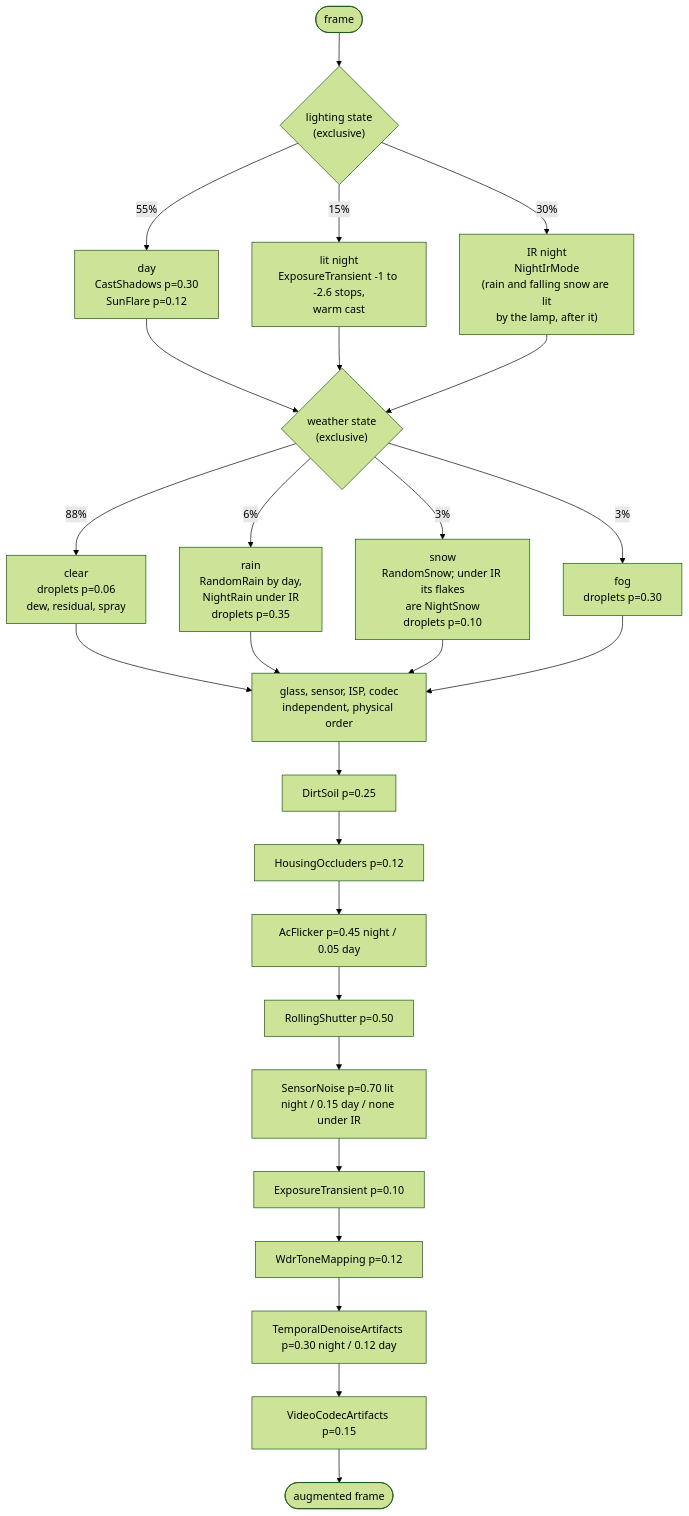
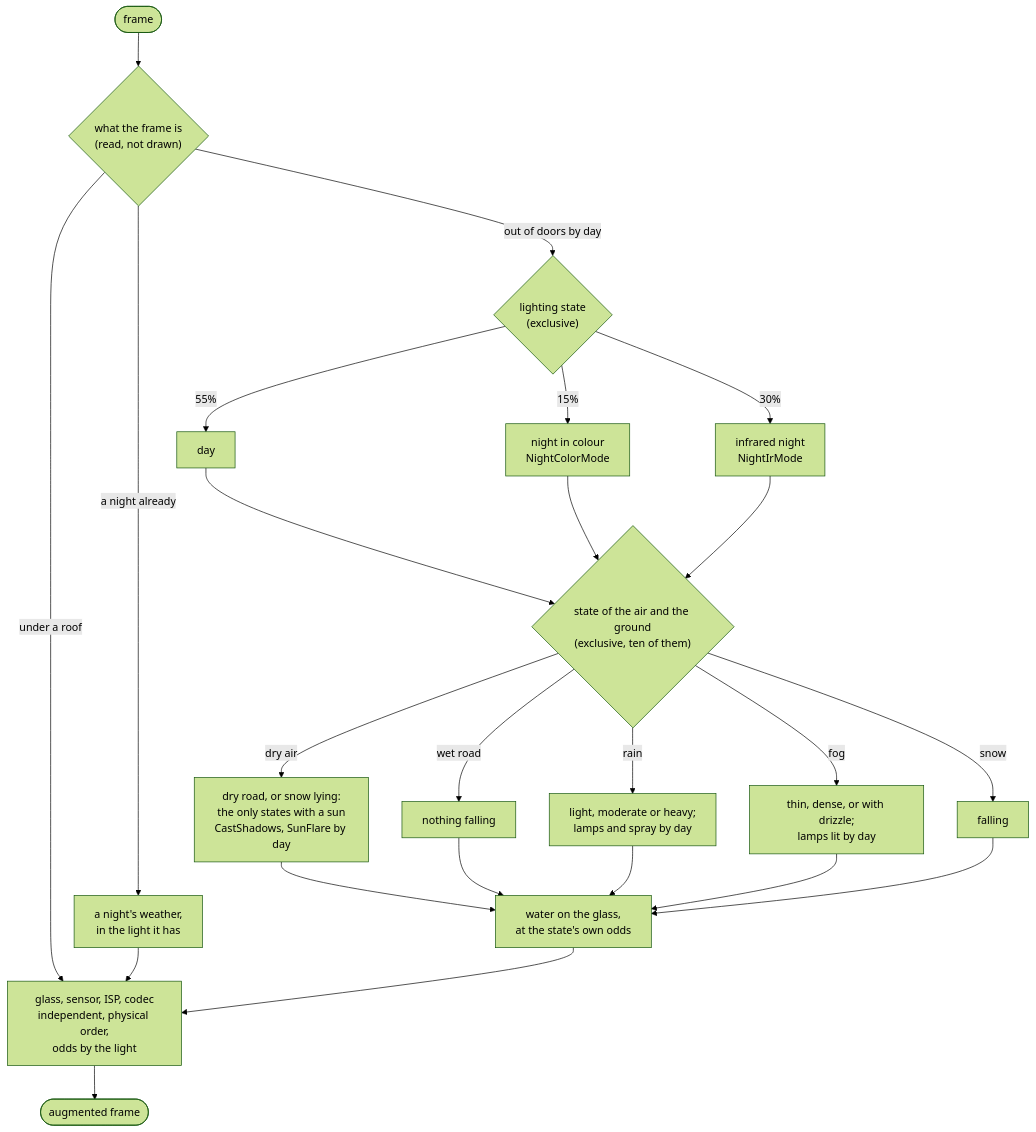
The diagram in docs/pipelines.md (desmoteo/surmentations), drawn with Mermaid (forest theme) before and after one commit. The commit also changed other lines of this file and 11 other files, not shown here.

````diff
--- a/docs/pipelines.md
+++ b/docs/pipelines.md
@@ -107,28 +96,26 @@
 ```mermaid
 flowchart TD
-    START([frame]) --> LIGHT{"lighting state<br/>(exclusive)"}
-    LIGHT -->|55%| DAY["day<br/>CastShadows p=0.30<br/>SunFlare p=0.12"]
-    LIGHT -->|15%| LIT["lit night<br/>ExposureTransient -1 to -2.6 stops,<br/>warm cast"]
-    LIGHT -->|30%| IR["IR night<br/>NightIrMode<br/>(rain and falling snow are lit<br/>by the lamp, after it)"]
-    DAY --> W{"weather state<br/>(exclusive)"}
+    START([frame]) --> SRC{"what the frame is<br/>(read, not drawn)"}
+    SRC -->|"under a roof"| TAIL
+    SRC -->|"a night already"| ASIS["a night's weather,<br/>in the light it has"]
+    SRC -->|"out of doors by day"| LIGHT{"lighting state<br/>(exclusive)"}
+    LIGHT -->|55%| DAY["day"]
+    LIGHT -->|15%| LIT["night in colour<br/>NightColorMode"]
+    LIGHT -->|30%| IR["infrared night<br/>NightIrMode"]
+    DAY --> W{"state of the air and the ground<br/>(exclusive, ten of them)"}
     LIT --> W
     IR --> W
-    W -->|88%| CLEAR["clear<br/>droplets p=0.06<br/>dew, residual, spray"]
-    W -->|6%| RAIN["rain<br/>RandomRain by day,<br/>NightRain under IR<br/>droplets p=0.35"]
-    W -->|3%| SNOW["snow<br/>RandomSnow; under IR its flakes<br/>are NightSnow<br/>droplets p=0.10"]
-    W -->|3%| FOG["fog<br/>droplets p=0.30"]
-    CLEAR --> TAIL
-    RAIN --> TAIL
-    SNOW --> TAIL
-    FOG --> TAIL
-    TAIL["glass, sensor, ISP, codec<br/>independent, physical order"] --> T1["DirtSoil p=0.25"]
-    T1 --> T2["HousingOccluders p=0.12"]
-    T2 --> T3["AcFlicker p=0.45 night / 0.05 day"]
-    T3 --> T4["RollingShutter p=0.50"]
-    T4 --> T4b["SensorNoise p=0.70 lit night / 0.15 day / none under IR"]
-    T4b --> T5["ExposureTransient p=0.10"]
-    T5 --> T6["WdrToneMapping p=0.12"]
-    T6 --> T7["TemporalDenoiseArtifacts p=0.30 night / 0.12 day"]
-    T7 --> T8["VideoCodecArtifacts p=0.15"]
-    T8 --> OUT([augmented frame])
+    ASIS --> TAIL
+    W -->|"dry air"| DRY["dry road, or snow lying:<br/>the only states with a sun<br/>CastShadows, SunFlare by day"]
+    W -->|"wet road"| WETROAD["nothing falling"]
+    W -->|"rain"| RAIN["light, moderate or heavy;<br/>lamps and spray by day"]
+    W -->|"fog"| FOG["thin, dense, or with drizzle;<br/>lamps lit by day"]
+    W -->|"snow"| SNOW["falling"]
+    DRY --> GLASS["water on the glass,<br/>at the state's own odds"]
+    WETROAD --> GLASS
+    RAIN --> GLASS
+    FOG --> GLASS
+    SNOW --> GLASS
+    GLASS --> TAIL["glass, sensor, ISP, codec<br/>independent, physical order,<br/>odds by the light"]
+    TAIL --> OUT([augmented frame])
 ```
````
